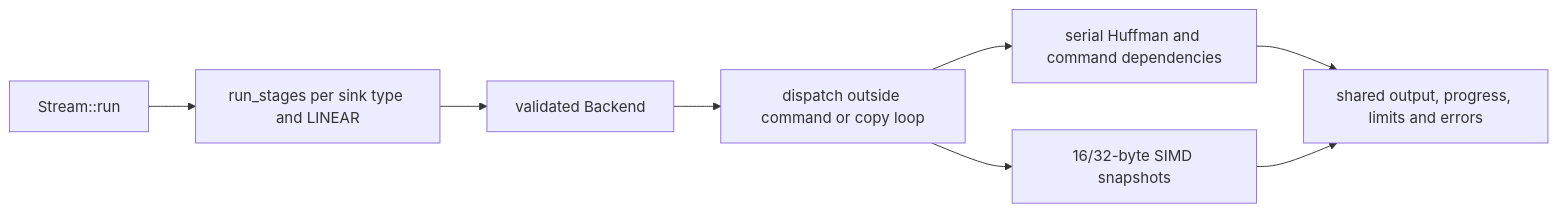
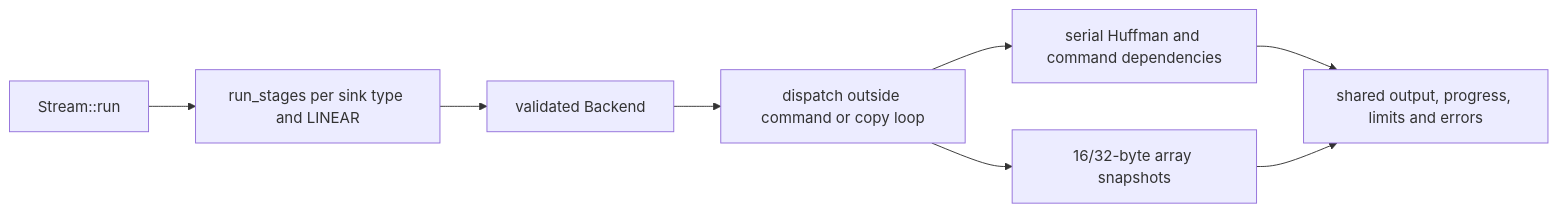
The diagram in architecture/decoder-simd.md (M-Compressors/mbrotli), drawn with Mermaid before and after one commit. The commit also changed other lines of this file and 185 other files, not shown here.

````diff
--- a/architecture/decoder-simd.md
+++ b/architecture/decoder-simd.md
@@ -14,10 +14,10 @@
 ```mermaid
 flowchart LR
     Run[Stream::run] --> Machine[run_stages per sink type and LINEAR]
     Machine --> Backend[validated Backend]
     Backend[validated Backend] --> Dispatch[dispatch outside command or copy loop]
     Dispatch --> Control[serial Huffman and command dependencies]
-    Dispatch --> Copy[16/32-byte SIMD snapshots]
+    Dispatch --> Copy[16/32-byte array snapshots]
     Control --> State[shared output, progress, limits and errors]
     Copy --> State
 ```
````
